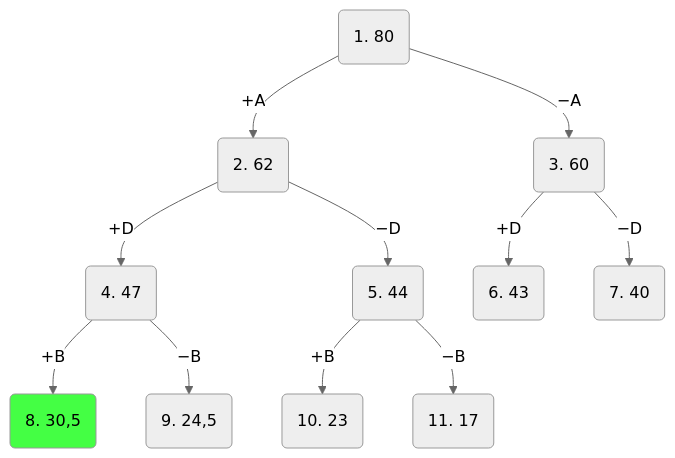
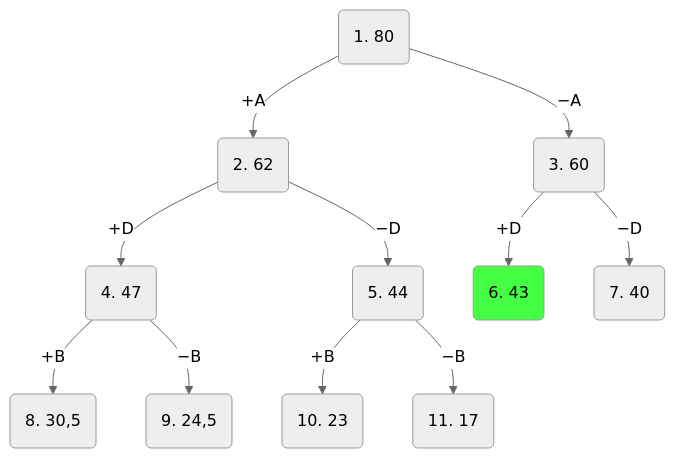
Before and after one commit to algos-ris-24-3/manual-tasks: the fifth of 9 diagrams in Задание 12/task12v4.md, drawn with Mermaid (neutral theme). The commit also changed other lines of this file, not shown here.

````diff
--- a/Задание 12/task12v4.md
+++ b/Задание 12/task12v4.md
@@ -193,26 +192,26 @@
 ```mermaid
 flowchart TD
     A("1. 80")
     B("2. 62")
     C("3. 60")
     D("4. 47")
     E("5. 44")
     F("6. 43")
     G("7. 40")
     H("8. 30,5")
     I("9. 24,5")
     J("10. 23")
     K("11. 17")
     A -- "+A" --> B
     A -- "−A" --> C
     B -- "+D" --> D
     B -- "−D" --> E
     C -- "+D" --> F
     C -- "−D" --> G
     D -- "+B" --> H
     D -- "−B" --> I
     E -- "+B" --> J
     E -- "−B" --> K
 
-    style H fill:#4f4f
+    style F fill:#4f4f
 ```
````
